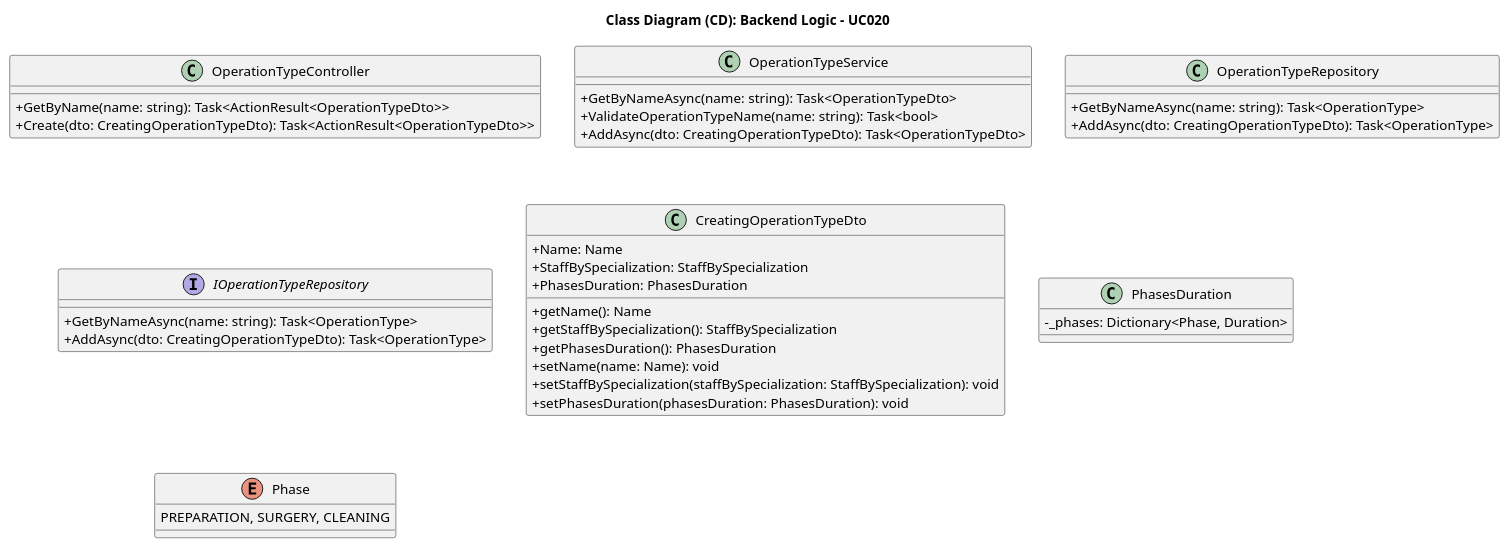
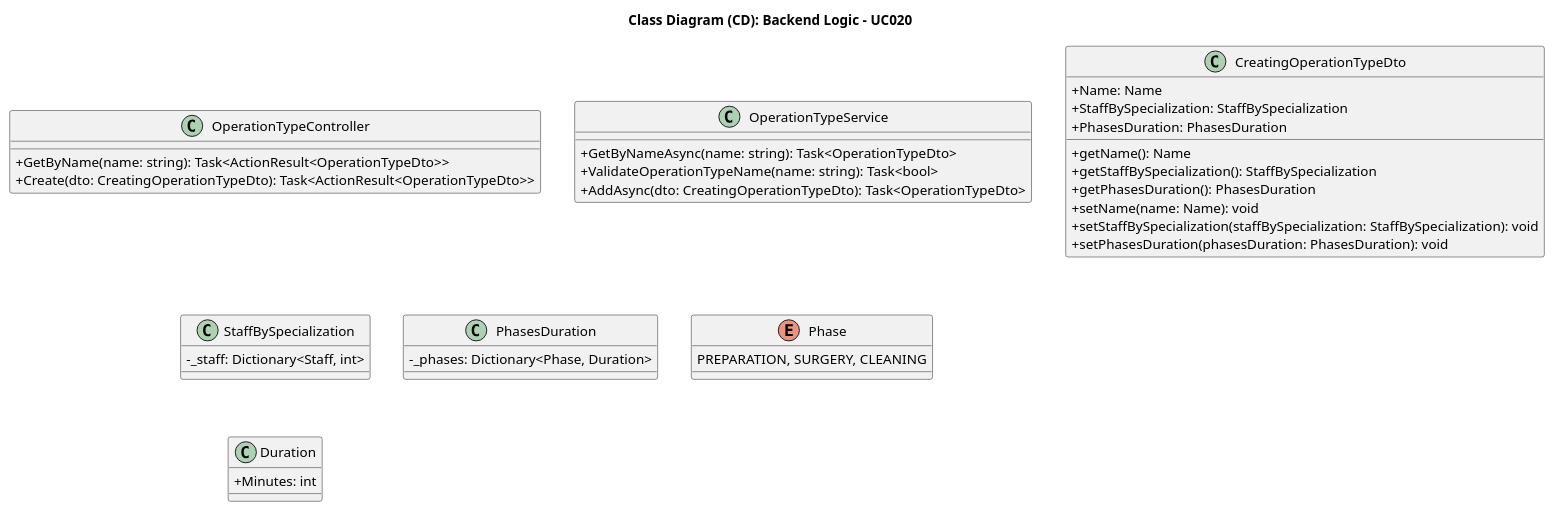
The diagram in docs/SprintA/UseCases/UC020/03.design/puml/uc020-class-diagram-backend-logic.puml (1221124/sem5pi-24-25-g031), drawn with PlantUML before and after one commit. The commit also changed 2 other files, not shown here.

```diff
--- a/docs/SprintA/UseCases/UC020/03.design/puml/uc020-class-diagram-backend-logic.puml
+++ b/docs/SprintA/UseCases/UC020/03.design/puml/uc020-class-diagram-backend-logic.puml
@@ -1,51 +1,49 @@
-@startuml uc020-class-diagram
+@startuml uc020-class-diagram-backend-logic
 
 skinparam packageStyle rectangle
 skinparam shadowing false
 
 skinparam classAttributeIconSize 0
 
 title Class Diagram (CD): Backend Logic - UC020
 
 class OperationTypeController {
     +GetByName(name: string): Task<ActionResult<OperationTypeDto>>
     +Create(dto: CreatingOperationTypeDto): Task<ActionResult<OperationTypeDto>>
 }
 
 class OperationTypeService {
     +GetByNameAsync(name: string): Task<OperationTypeDto>
     +ValidateOperationTypeName(name: string): Task<bool>
     +AddAsync(dto: CreatingOperationTypeDto): Task<OperationTypeDto>
 }
 
-class OperationTypeRepository {
-    +GetByNameAsync(name: string): Task<OperationType>
-    +AddAsync(dto: CreatingOperationTypeDto): Task<OperationType>
-}
-
-interface IOperationTypeRepository {
-    +GetByNameAsync(name: string): Task<OperationType>
-    +AddAsync(dto: CreatingOperationTypeDto): Task<OperationType>
-}
-
 class CreatingOperationTypeDto {
     +Name: Name
     +StaffBySpecialization: StaffBySpecialization
     +PhasesDuration: PhasesDuration
     +getName(): Name
     +getStaffBySpecialization(): StaffBySpecialization
     +getPhasesDuration(): PhasesDuration
     +setName(name: Name): void
     +setStaffBySpecialization(staffBySpecialization: StaffBySpecialization): void
     +setPhasesDuration(phasesDuration: PhasesDuration): void
 }
 
+class StaffBySpecialization {
+    - _staff: Dictionary<Staff, int>
+}
+
 class PhasesDuration {
     - _phases: Dictionary<Phase, Duration>
 }
 
 enum Phase {
     PREPARATION, SURGERY, CLEANING
 }
 
+class Duration {
+    + Minutes: int
+}
+
 @enduml
```
